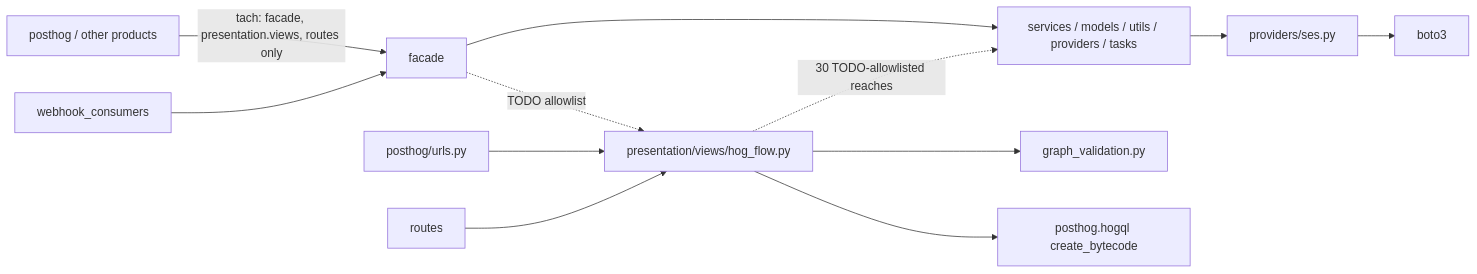
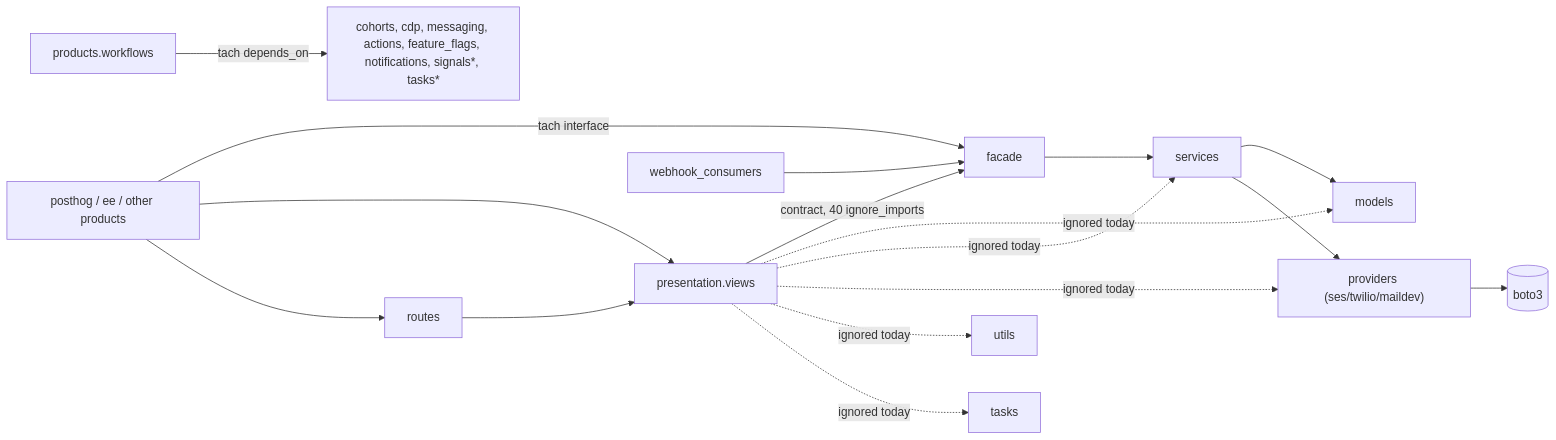
The diagram in docs/dogfood/workflows/python/transcript.md (Silthus/uml-pr-review), drawn with Mermaid before and after one commit. The commit also changed other lines of this file and 25 other files, not shown here.

````diff
--- a/docs/dogfood/workflows/python/transcript.md
+++ b/docs/dogfood/workflows/python/transcript.md
@@ -11,13 +15,13 @@
 ```mermaid
 flowchart LR
-  core[posthog / other products] -->|tach: facade, presentation.views, routes only| facade
-  urls[posthog/urls.py] --> views
-  routes --> views[presentation/views/hog_flow.py]
-  views -. 30 TODO-allowlisted reaches .-> svc[services / models / utils / providers / tasks]
-  views --> gv[graph_validation.py]
-  facade --> svc
-  facade -. TODO allowlist .-> views
-  svc --> ses[providers/ses.py] --> boto3
-  views --> bc[posthog.hogql create_bytecode]
+  core["posthog / ee / other products"] -->|tach interface| facade
+  core --> views["presentation.views"] & routes
+  routes --> views
+  views -->|contract, 40 ignore_imports| facade
+  views -. ignored today .-> models & services & providers & utils & tasks
   webhook_consumers --> facade
+  facade --> services --> models
+  services --> providers["providers (ses/twilio/maildev)"]
+  providers --> boto3[(boto3)]
+  wf["products.workflows"] -->|tach depends_on| deps["cohorts, cdp, messaging, actions, feature_flags, notifications, signals*, tasks*"]
 ```
````
